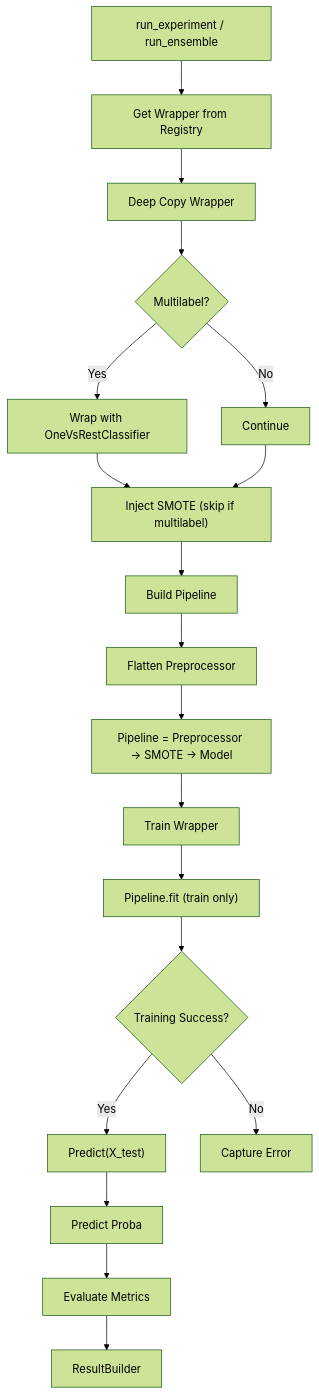
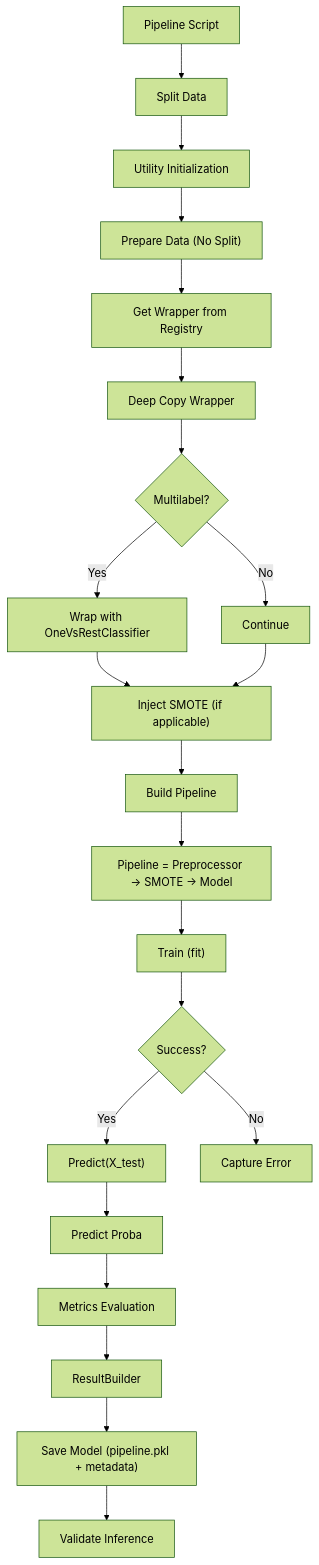
One commit to abhinavssingh/python-learnings changed the third of 4 diagrams in lib/utility/machinelearning/facade/CLASSIFICATIONMODELUTILITY.md. Above: the diagram before and after it, drawn with Mermaid (forest theme). The commit also changed other lines of this file and 23 other files, not shown here.

Commit message:
refactoring pipeline script for inferencing

````diff
--- a/lib/utility/machinelearning/facade/CLASSIFICATIONMODELUTILITY.md
+++ b/lib/utility/machinelearning/facade/CLASSIFICATIONMODELUTILITY.md
@@ -110,34 +114,37 @@
 ```mermaid
 flowchart TD
 
-    A[run_experiment / run_ensemble] --> B[Get Wrapper from Registry]
+    A[Pipeline Script] --> B[Split Data]
+    B --> C[Utility Initialization]
 
-    B --> C[Deep Copy Wrapper]
+    C --> D["Prepare Data (No Split)"]
 
-    C --> D{Multilabel?}
-    D -->|Yes| E[Wrap with OneVsRestClassifier]
-    D -->|No| F[Continue]
+    D --> E[Get Wrapper from Registry]
+    E --> F[Deep Copy Wrapper]
 
-    E --> G["Inject SMOTE (skip if multilabel)"]
-    F --> G
+    F --> G{Multilabel?}
+    G -->|Yes| H[Wrap with OneVsRestClassifier]
+    G -->|No| I[Continue]
 
-    G --> H[Build Pipeline]
+    H --> J["Inject SMOTE (if applicable)"]
+    I --> J
 
-    H --> I[Flatten Preprocessor]
+    J --> K[Build Pipeline]
 
-    I --> J[Pipeline = Preprocessor → SMOTE → Model]
+    K --> L["Pipeline = Preprocessor → SMOTE → Model"]
 
-    J --> K[Train Wrapper]
-    K --> L["Pipeline.fit (train only)"]
+    L --> M["Train (fit)"]
 
-    L --> M{Training Success?}
+    M --> N{Success?}
+    N -->|Yes| O["Predict(X_test)"]
+    N -->|No| P[Capture Error]
 
-    M -->|Yes| N["Predict(X_test)"]
-    M -->|No| O[Capture Error]
+    O --> Q[Predict Proba]
+    Q --> R[Metrics Evaluation]
 
-    N --> P[Predict Proba]
+    R --> S[ResultBuilder]
 
-    P --> Q[Evaluate Metrics]
+    S --> T["Save Model (pipeline.pkl + metadata)"]
 
-    Q --> R[ResultBuilder]
+    T --> U[Validate Inference]
 ```
````
